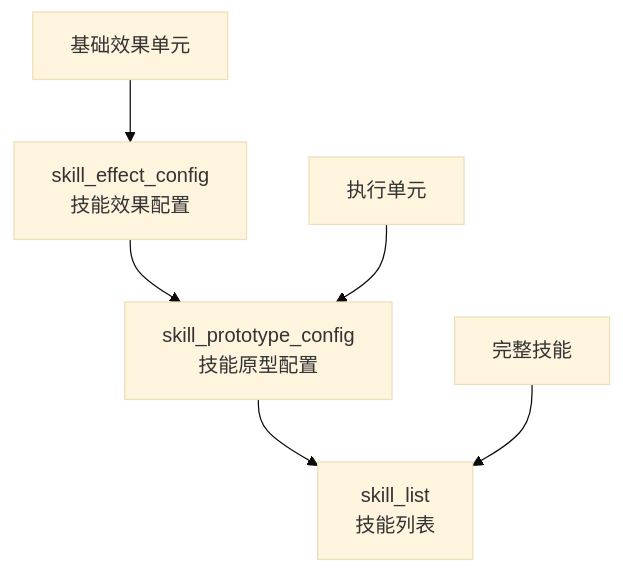
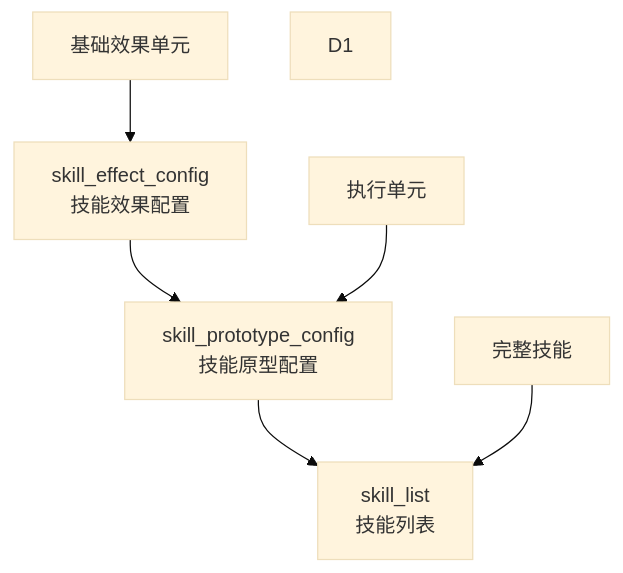
One commit to jianghuading/isekai_mkdocs changed the diagram in docs/about2.md. Above: the diagram before and after it, drawn with Mermaid (base theme).

Commit message:
Test GitHub Actions auto-deployment

````diff
--- a/docs/about2.md
+++ b/docs/about2.md
@@ -15,9 +15,10 @@
 ```mermaid
 graph TD
     A[skill_effect_config<br/>技能效果配置] --> B[skill_prototype_config<br/>技能原型配置]
     B --> C[skill_list<br/>技能列表]
 
     A1[基础效果单元] --> A
     B1[执行单元] --> B
     C1[完整技能] --> C
+    D1
 ```
````
